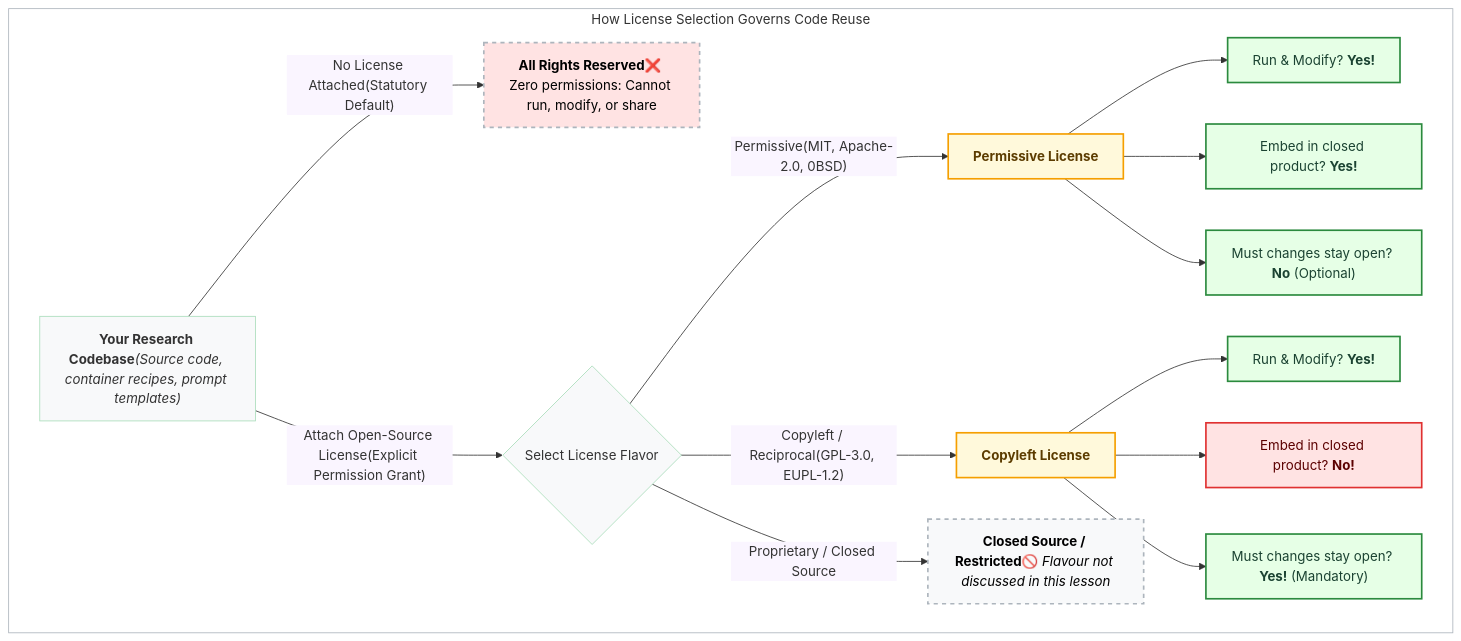
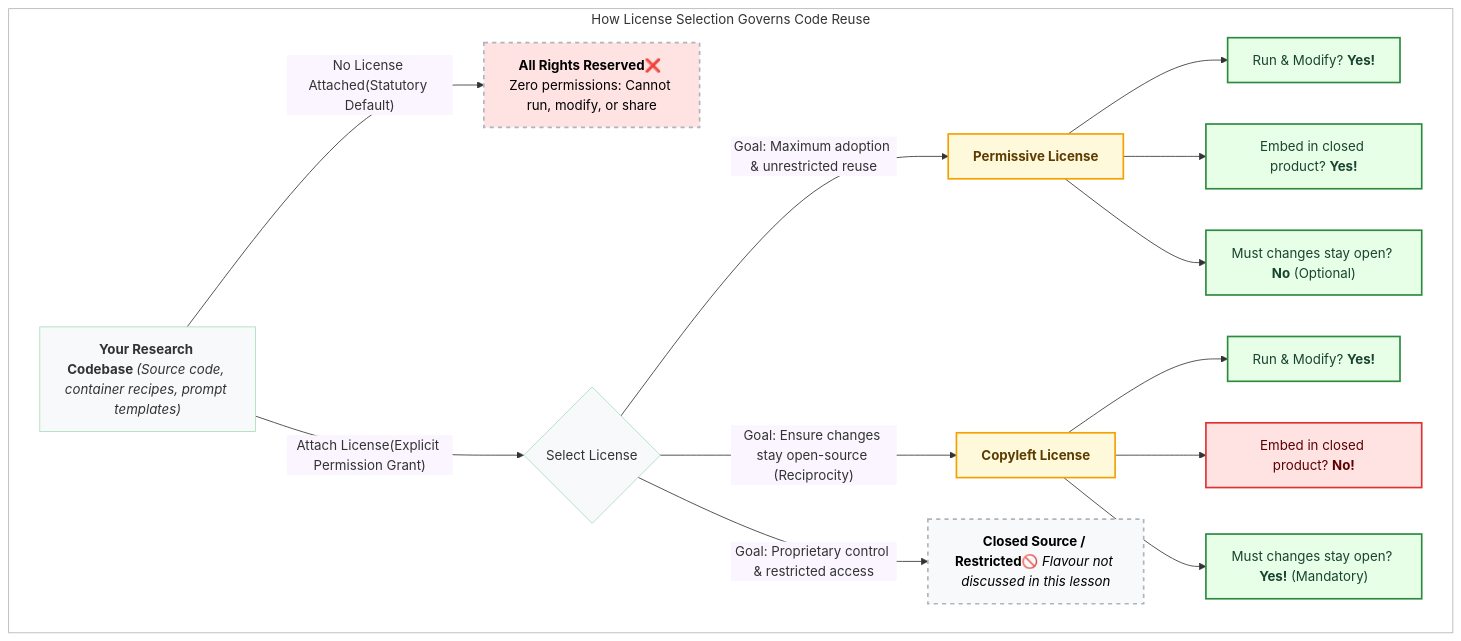
Before and after one commit to coderefinery/social-coding: the first of 3 diagrams in content/software-licensing.md, drawn with Mermaid.

Commit message:
Update license hirarchi to show goals

````diff
--- a/content/software-licensing.md
+++ b/content/software-licensing.md
@@ -55,39 +55,39 @@
 ```{mermaid}
 %%{init: {'themeVariables': { 'edgeLabelBackground': '#faf5ff' }}}%%
 
 flowchart TB
 
   subgraph box["How License Selection Governs Code Reuse"]
-    A["<b>Your Research Codebase</b></><i>(Source code, container recipes, prompt templates)</i>"] -->|"No License Attached</>(Statutory Default)"| B["<b>All Rights Reserved</b></>❌ Zero permissions: Cannot run, modify, or share"]
+    A["<b>Your Research Codebase </b></><i>(Source code, container recipes, prompt templates)</i>"] -->|"No License Attached</>(Statutory Default)"| B["<b>All Rights Reserved</b></>❌ Zero permissions: Cannot run, modify, or share"]
 
-    A -->|"Attach Open-Source License</>(Explicit Permission Grant)"| C{"Select License Flavor"}
+    A -->|"Attach License</>(Explicit Permission Grant)"| C{"Select License"}
 
-    C -->|"Permissive</>(MIT, Apache-2.0, 0BSD)"| D["<b>Permissive License</b>"]
-    C -->|"Copyleft / Reciprocal</>(GPL-3.0, EUPL-1.2)"| E["<b>Copyleft License</b>"]
-    C -->|"Proprietary / Closed Source"| F["<b>Closed Source / Restricted</b></>🚫 <i>Flavour not discussed in this lesson</i>"]
+    C -->|"Goal: Maximum adoption & unrestricted reuse"| D["<b>Permissive License</b>"]
+    C -->|"Goal: Ensure changes stay open-source (Reciprocity)"| E["<b>Copyleft License</b>"]
+    C -->|"Goal: Proprietary control & restricted access"| F["<b>Closed Source / Restricted</b></>🚫 <i>Flavour not discussed in this lesson</i>"]
 
     D --> D1["Run & Modify? <b>Yes!</b>"]
     D --> D2["Embed in closed product? <b>Yes!</b>"]
     D --> D3["Must changes stay open? <b>No</b> (Optional)"]
 
     E --> E1["Run & Modify? <b>Yes!</b>"]
     E --> E2["Embed in closed product? <b>No!</b>"]
     E --> E3["Must changes stay open? <b>Yes!</b> (Mandatory)"]
   end  
    classDef green fill:#e6ffe6,stroke:#2b8a3e,stroke-width:2px,color:#1b4332;
    classDef red fill:#ffe3e3,stroke:#e03131,stroke-width:2px,color:#5c0000;
    classDef yellow fill:#fff9db,stroke:#f59f00,stroke-width:2px,color:#5c3c00;
    classDef white fill:#f8f9fa,stroke:#adb
    classDef dashed fill:#f8f9fa,stroke:#adb5bd,stroke-width:2px,stroke-dasharray: 5 5,color:#000000;
    classDef dashed_red fill:#ffe3e3,stroke:#adb5bd,stroke-width:2px,stroke-dasharray: 5 5,color:#000000;
    classDef defaultState fill:#ffe3e3,stroke:#e03131,stroke-width:2px,color:#5c0000;
    classDef box_fill fill:#ffffff,stroke:#adb5bd,stroke-width:1px;
     
    class D1,D2,D3,E1,E3 green;
    class E2 red;
    class D,E yellow;
    class F dashed;
    class B dashed_red;
    class A,C white;
    class box box_fill;
 ```
````
